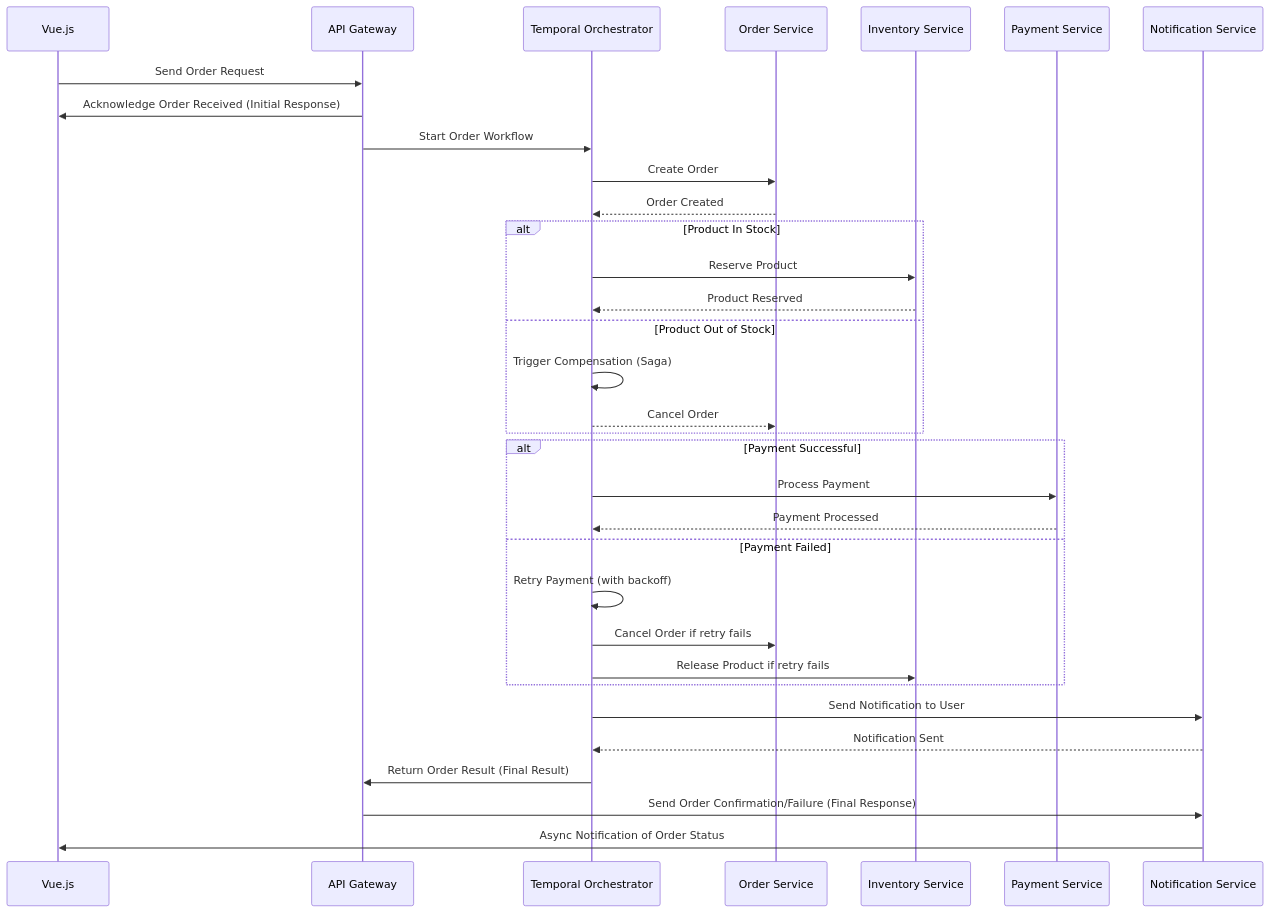
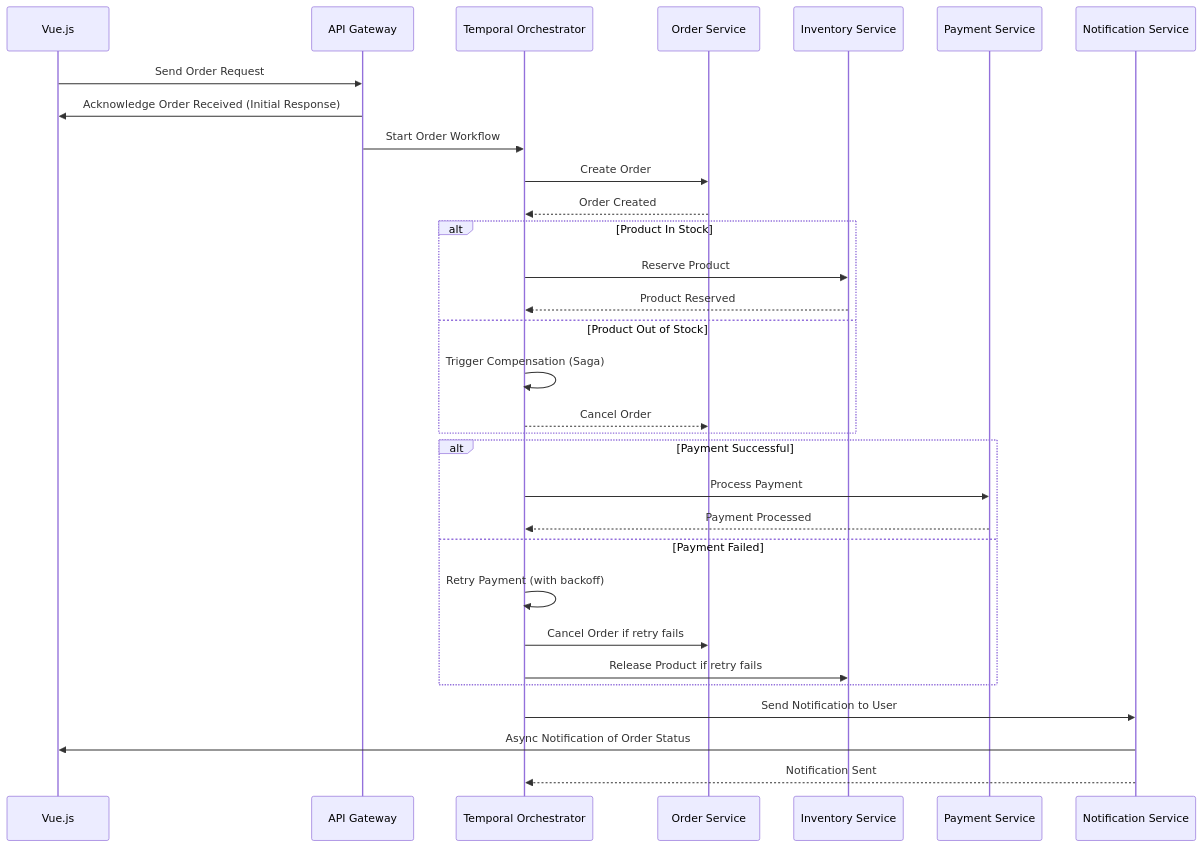
One commit to 99x-incubator/temporal-microservices changed the second of 2 diagrams in architecture.md. Above: the diagram before and after it, drawn with Mermaid.

````diff
--- a/architecture.md
+++ b/architecture.md
@@ -118,42 +118,38 @@
 ```mermaid
 sequenceDiagram
     participant Vue.js
     participant API Gateway
     participant Temporal Orchestrator
     participant Order Service
     participant Inventory Service
     participant Payment Service
     participant Notification Service
 
     Vue.js->>API Gateway: Send Order Request
     API Gateway->>Vue.js: Acknowledge Order Received (Initial Response)
 
     API Gateway->>Temporal Orchestrator: Start Order Workflow
     Temporal Orchestrator->>Order Service: Create Order
     Order Service-->>Temporal Orchestrator: Order Created
 
     alt Product In Stock
         Temporal Orchestrator->>Inventory Service: Reserve Product
         Inventory Service-->>Temporal Orchestrator: Product Reserved
     else Product Out of Stock
         Temporal Orchestrator->>Temporal Orchestrator: Trigger Compensation (Saga)
         Temporal Orchestrator-->>Order Service: Cancel Order
     end
 
     alt Payment Successful
         Temporal Orchestrator->>Payment Service: Process Payment
         Payment Service-->>Temporal Orchestrator: Payment Processed
     else Payment Failed
         Temporal Orchestrator->>Temporal Orchestrator: Retry Payment (with backoff)
         Temporal Orchestrator->>Order Service: Cancel Order if retry fails
         Temporal Orchestrator->>Inventory Service: Release Product if retry fails
     end
 
     Temporal Orchestrator->>Notification Service: Send Notification to User
+    Notification Service->>Vue.js: Async Notification of Order Status
     Notification Service-->>Temporal Orchestrator: Notification Sent
-
-    Temporal Orchestrator->>API Gateway: Return Order Result (Final Result)
-    API Gateway->>Notification Service: Send Order Confirmation/Failure (Final Response)
-    Notification Service->>Vue.js: Async Notification of Order Status
-
 ```
````
